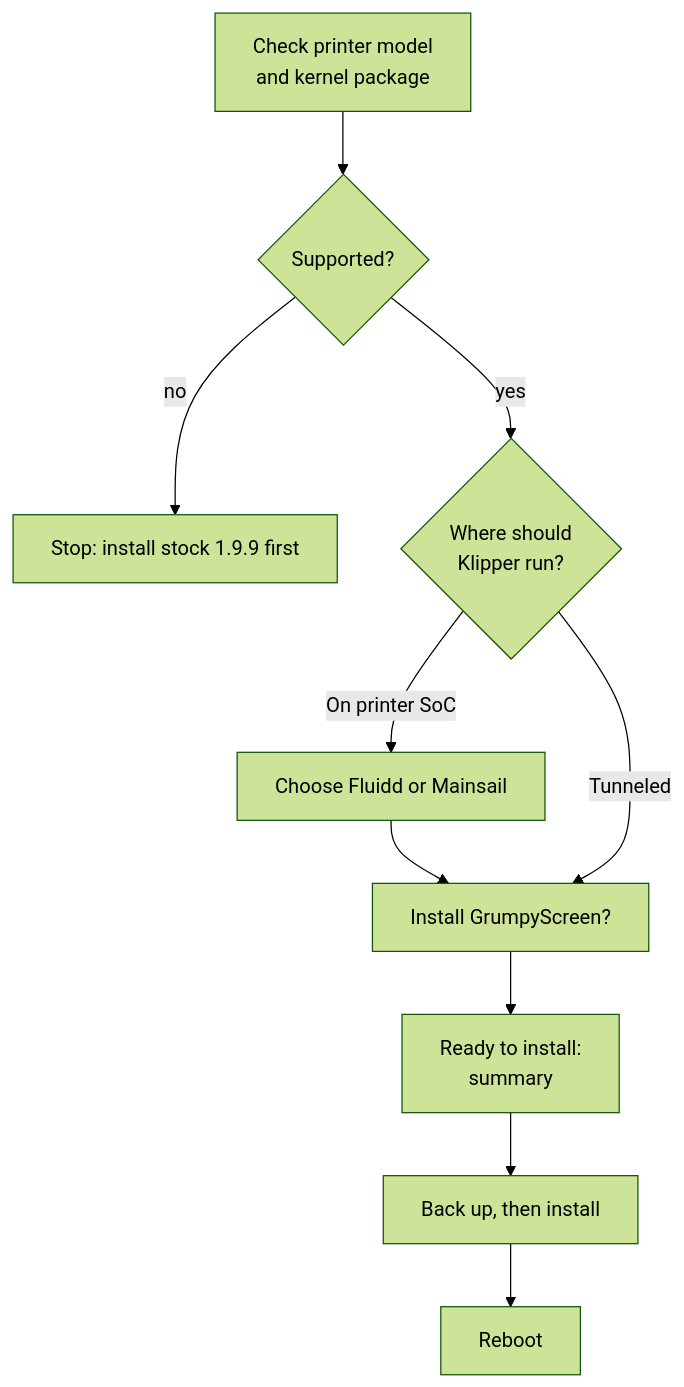
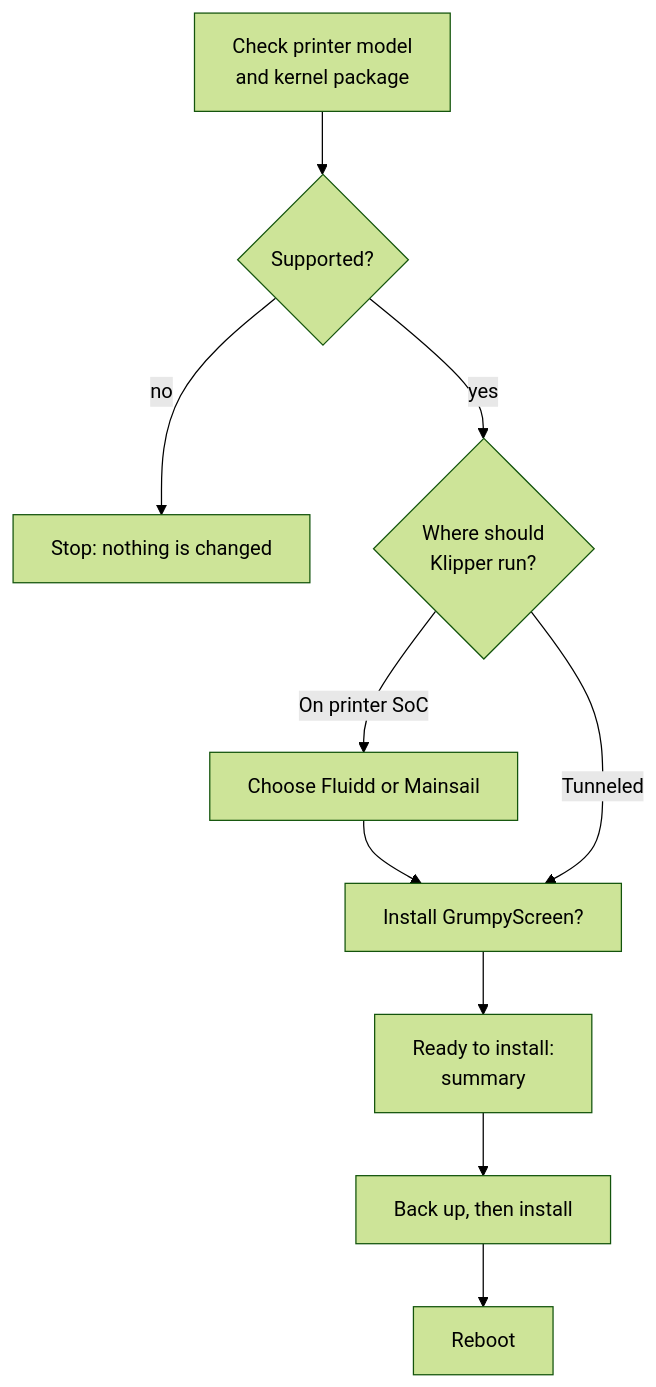
Before and after one commit to FlashForge-C5-Modding-Group/OpenCreator: the diagram in docs/installer.md, drawn with Mermaid (forest theme). The commit also changed other lines of this file and 1 other file, not shown here.

Commit message:
tiny docs updates

````diff
--- a/docs/installer.md
+++ b/docs/installer.md
@@ -25,12 +25,12 @@
 ```mermaid
 flowchart TD
   A[Check printer model<br/>and kernel package] --> B{Supported?}
-  B -->|no| S[Stop: install stock 1.9.9 first]
+  B -->|no| S[Stop: nothing is changed]
   B -->|yes| E{Where should<br/>Klipper run?}
   E -->|On printer SoC| F[Choose Fluidd or Mainsail]
   F --> G[Install GrumpyScreen?]
   E -->|Tunneled| G
   G --> H[Ready to install:<br/>summary]
   H --> I[Back up, then install]
   I --> J[Reboot]
 ```
````
